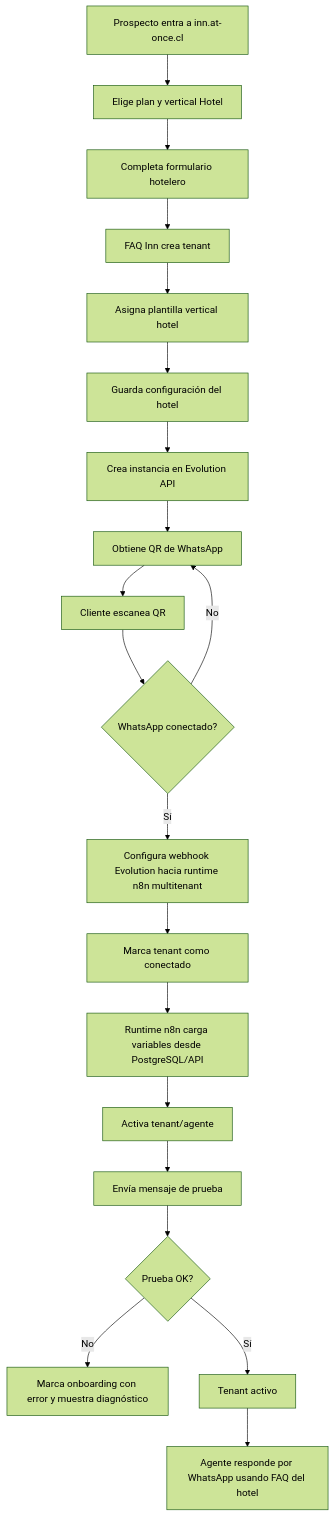
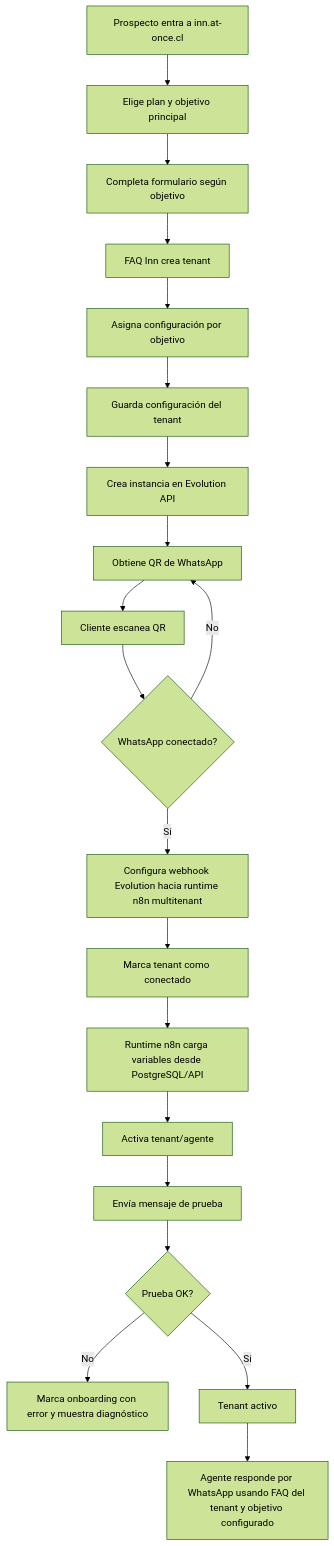
The diagram in README.md (mcandiav/faq-inn), drawn with Mermaid (forest theme) before and after one commit. The commit also changed other lines of this file and 7 other files, not shown here.

````diff
--- a/README.md
+++ b/README.md
@@ -192,22 +210,22 @@
 ```mermaid
 flowchart TB
-  A[Prospecto entra a inn.at-once.cl] --> B[Elige plan y vertical Hotel]
-  B --> C[Completa formulario hotelero]
+  A[Prospecto entra a inn.at-once.cl] --> B[Elige plan y objetivo principal]
+  B --> C[Completa formulario según objetivo]
   C --> D[FAQ Inn crea tenant]
-  D --> E[Asigna plantilla vertical hotel]
-  E --> F[Guarda configuración del hotel]
+  D --> E[Asigna configuración por objetivo]
+  E --> F[Guarda configuración del tenant]
   F --> G[Crea instancia en Evolution API]
   G --> H[Obtiene QR de WhatsApp]
   H --> I[Cliente escanea QR]
   I --> J{WhatsApp conectado?}
   J -- No --> H
   J -- Sí --> K[Configura webhook Evolution hacia runtime n8n multitenant]
   K --> L[Marca tenant como conectado]
   L --> M[Runtime n8n carga variables desde PostgreSQL/API]
   M --> N[Activa tenant/agente]
   N --> O[Envía mensaje de prueba]
   O --> P{Prueba OK?}
   P -- No --> Q[Marca onboarding con error y muestra diagnóstico]
   P -- Sí --> R[Tenant activo]
-  R --> S[Agente responde por WhatsApp usando FAQ del hotel]
+  R --> S[Agente responde por WhatsApp usando FAQ del tenant y objetivo configurado]
 ```
````
